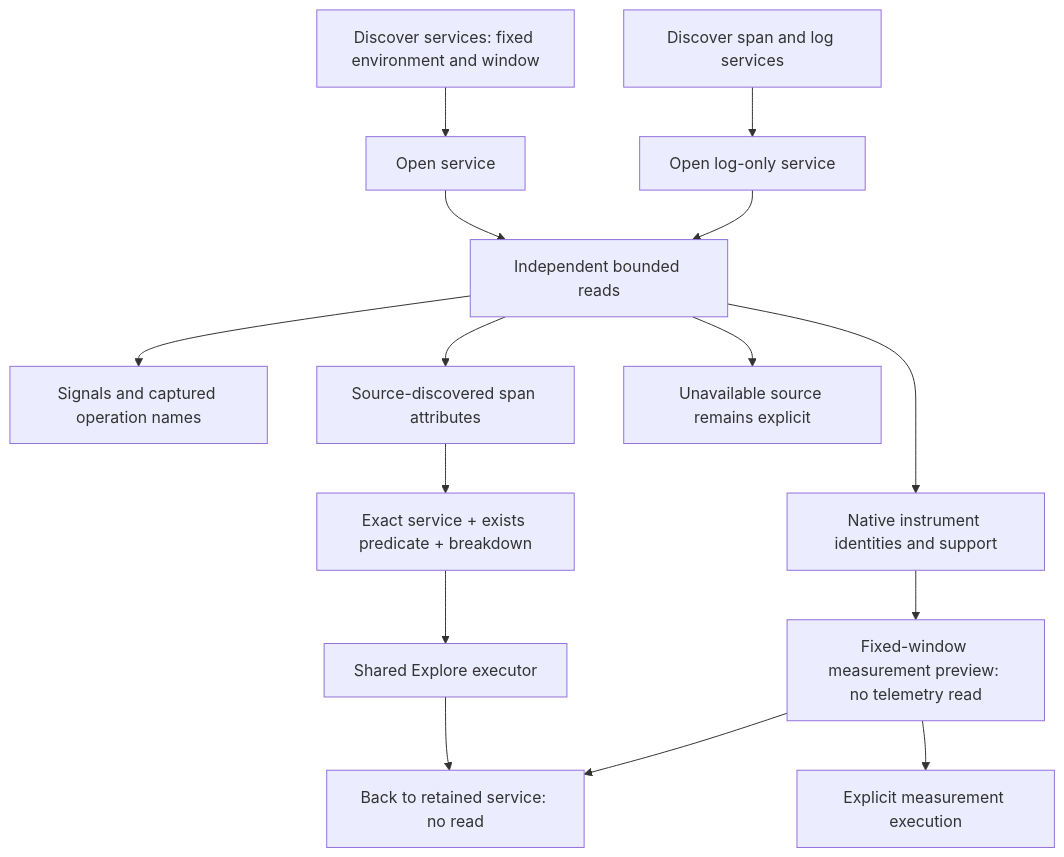
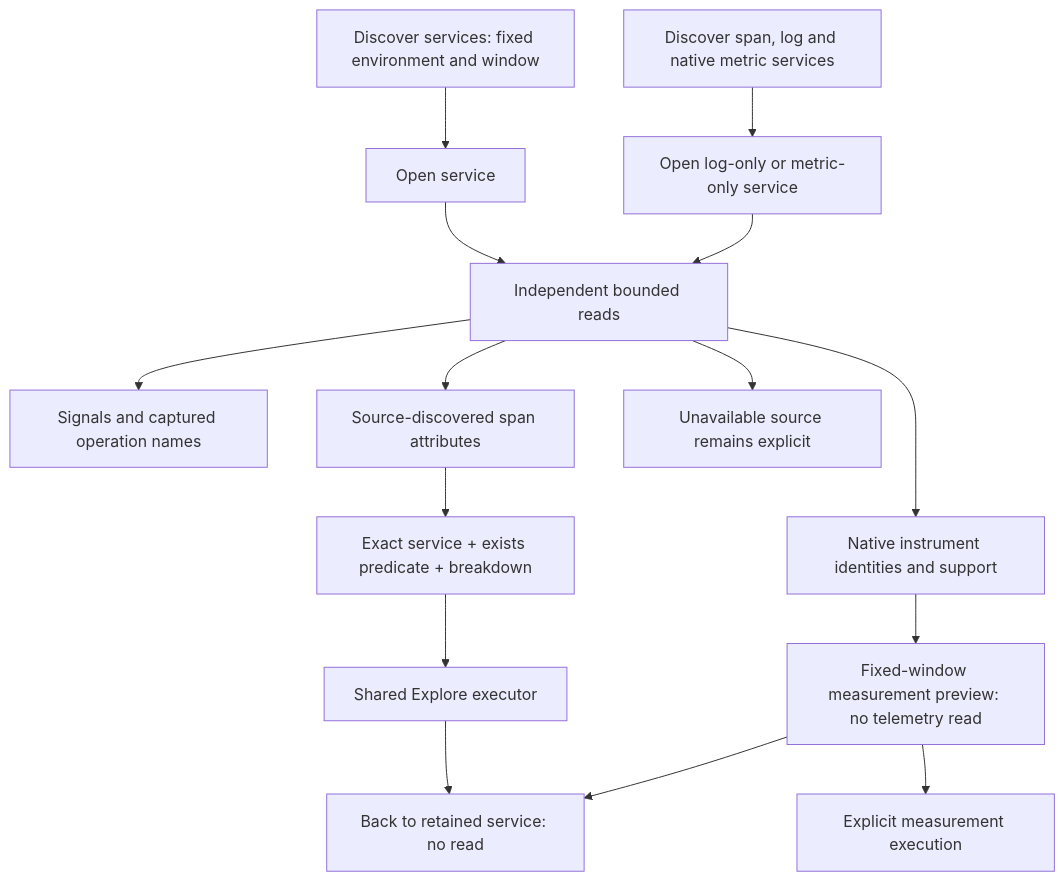
The diagram in docs/SERVICE_BROWSING.md (casselc/goo), drawn with Mermaid before and after one commit. The commit also changed other lines of this file and 34 other files, not shown here.

Commit message:
Discover metric-only services through scoped native point evidence

````diff
--- a/docs/SERVICE_BROWSING.md
+++ b/docs/SERVICE_BROWSING.md
@@ -65,17 +66,17 @@
 ```mermaid
 flowchart TD
   Inventory[Discover services: fixed environment and window] --> Open[Open service]
-  Signals[Discover span and log services] --> LogOnly[Open log-only service]
+  Signals[Discover span, log and native metric services] --> LogOnly[Open log-only or metric-only service]
   Open --> Reads[Independent bounded reads]
   LogOnly --> Reads
   Reads --> Activity[Signals and captured operation names]
   Reads --> Fields[Source-discovered span attributes]
   Reads --> Native[Native instrument identities and support]
   Fields --> Question[Exact service + exists predicate + breakdown]
   Question --> Explore[Shared Explore executor]
   Native --> Preview[Fixed-window measurement preview: no telemetry read]
   Preview --> Run[Explicit measurement execution]
   Explore --> Back[Back to retained service: no read]
   Preview --> Back
   Reads --> Partial[Unavailable source remains explicit]
 ```
````
